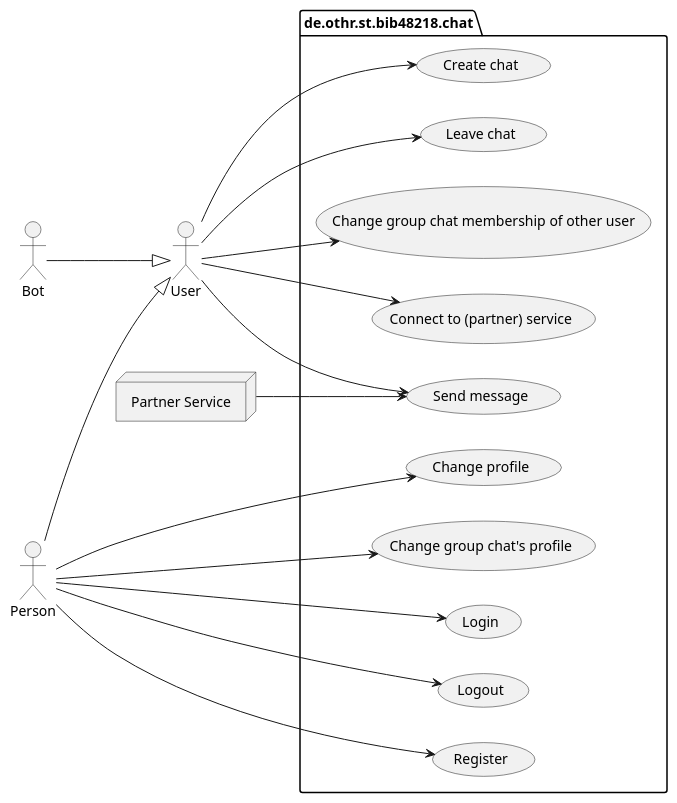
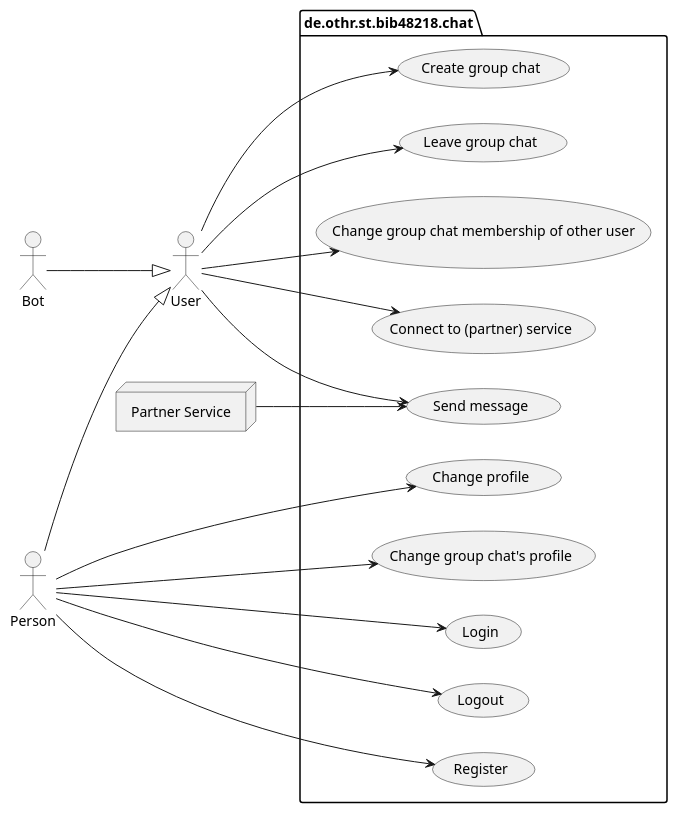
Before and after one commit to bbenno/oth-sw: the diagram in src/doc/uml-usecase.puml, drawn with PlantUML.

Commit message:
Be more precise about what chat can be created/left

```diff
--- a/src/doc/uml-usecase.puml
+++ b/src/doc/uml-usecase.puml
@@ -1,44 +1,44 @@
 @startuml chat-usecase
 skinparam monochrome true
 left to right direction
 
 ' actors
 actor "User" as u
 actor "Person" as p
 actor "Bot" as b
 node "Partner Service" as s
 
 ' actor hierarchy
 p -down-|> u
 b -down-|> u
 
 ' use cases
 package "de.othr.st.bib48218.chat" {
   usecase "Login" as oUC1
   usecase "Logout" as oUC2
   usecase "Register" as oUC3
   usecase "Change profile" as oUC4
 
   usecase "Send message" as mUC
   ' Chating use cases
-  usecase "Create chat" as cUC1
-  usecase "Leave chat" as cUC2
+  usecase "Create group chat" as cUC1
+  usecase "Leave group chat" as cUC2
   usecase "Change group chat's profile" as cUC3
   usecase "Change group chat membership of other user" as cUC4
   ' Connecting to partners use cases
   usecase "Connect to (partner) service" as pUC
 }
 
 '  link actor User with use cases
 p --> oUC1
 p --> oUC2
 p --> oUC3
 p --> oUC4
 p --> cUC3
 s --> mUC
 u --> mUC
 u --> cUC1
 u --> cUC2
 u --> cUC4
 u --> pUC
 @enduml
```
